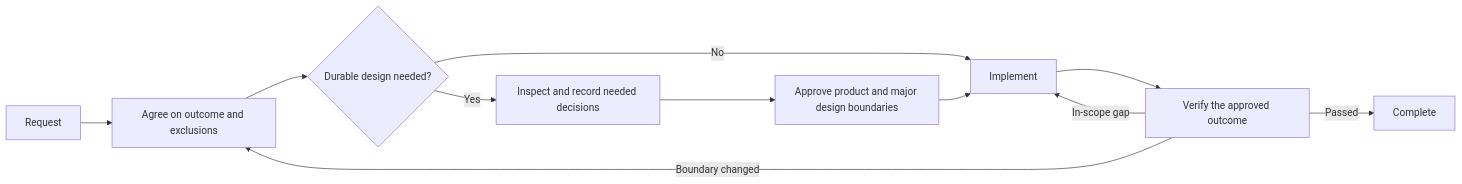
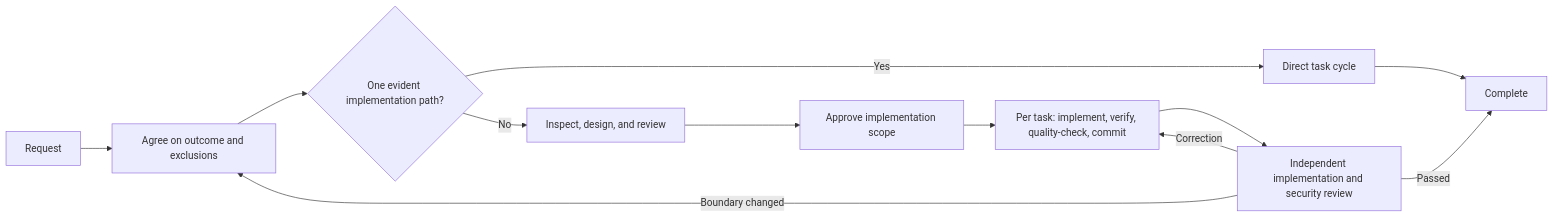
The diagram in README.md (shinpr/claude-code-workflows), drawn with Mermaid before and after one commit. The commit also changed other lines of this file, not shown here.

Commit message:
docs: clarify outcome-driven workflow value

````diff
--- a/README.md
+++ b/README.md
@@ -92,13 +88,14 @@
 ```mermaid
 flowchart LR
     A[Request] --> B[Agree on outcome and exclusions]
-    B --> C{Durable design needed?}
-    C -->|No| F[Implement]
-    C -->|Yes| D[Inspect and record needed decisions]
-    D --> E[Approve product and major design boundaries]
-    E --> F
-    F --> G[Verify the approved outcome]
-    G -->|In-scope gap| F
-    G -->|Boundary changed| B
-    G -->|Passed| H[Complete]
+    B --> C{One evident implementation path?}
+    C -->|Yes| S[Direct task cycle]
+    S --> J[Complete]
+    C -->|No| D[Inspect, design, and review]
+    D --> E[Approve implementation scope]
+    E --> F[Per task: implement, verify, quality-check, commit]
+    F --> I[Independent implementation and security review]
+    I -->|Correction| F
+    I -->|Boundary changed| B
+    I -->|Passed| J[Complete]
 ```
````
